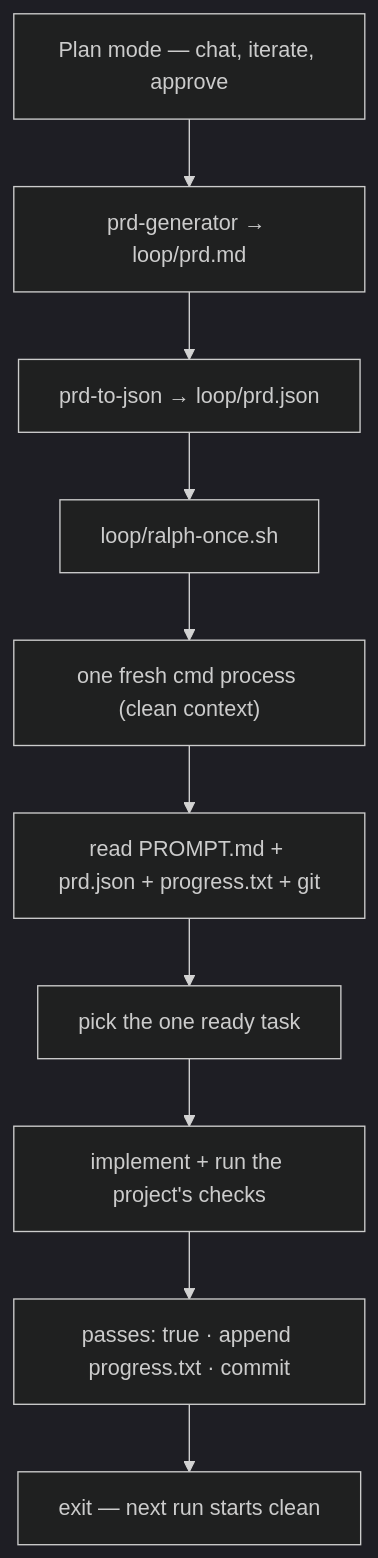
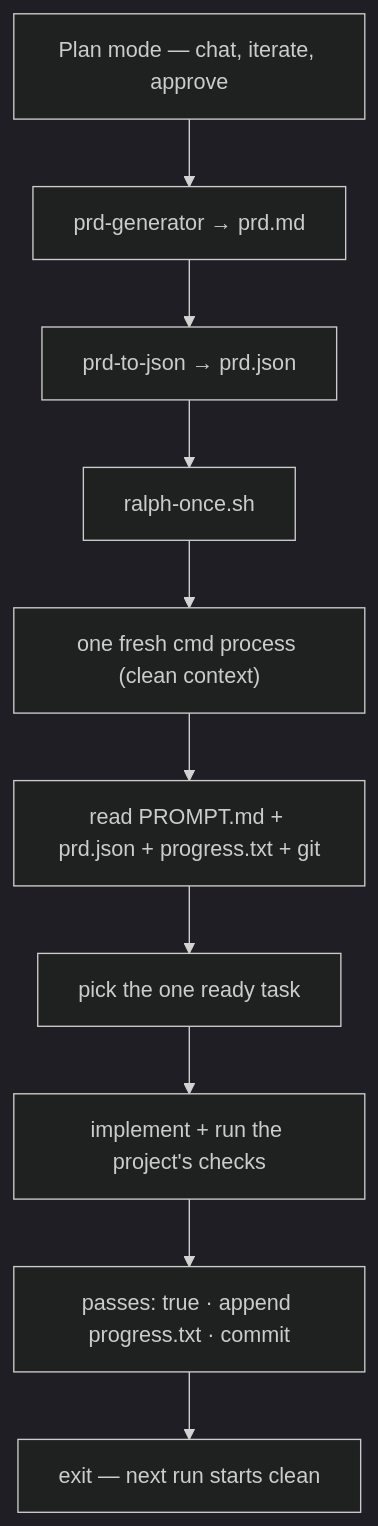
One commit to mtahafarooq/ralph-loop changed the diagram in README.md. Above: the diagram before and after it, drawn with Mermaid (dark theme). The commit also changed other lines of this file and 15 other files, not shown here.

````diff
--- a/README.md
+++ b/README.md
@@ -7,12 +7,12 @@
 ```mermaid
 flowchart TD
-    plan["Plan mode — chat, iterate, approve"] --> prd["prd-generator → loop/prd.md"]
-    prd --> json["prd-to-json → loop/prd.json"]
-    json --> once["loop/ralph-once.sh"]
+    plan["Plan mode — chat, iterate, approve"] --> prd["prd-generator → prd.md"]
+    prd --> json["prd-to-json → prd.json"]
+    json --> once["ralph-once.sh"]
     once --> fresh["one fresh cmd process (clean context)"]
     fresh --> read["read PROMPT.md + prd.json + progress.txt + git"]
     read --> pick["pick the one ready task"]
     pick --> work["implement + run the project's checks"]
     work --> save["passes: true · append progress.txt · commit"]
     save --> out["exit — next run starts clean"]
 ```
````
